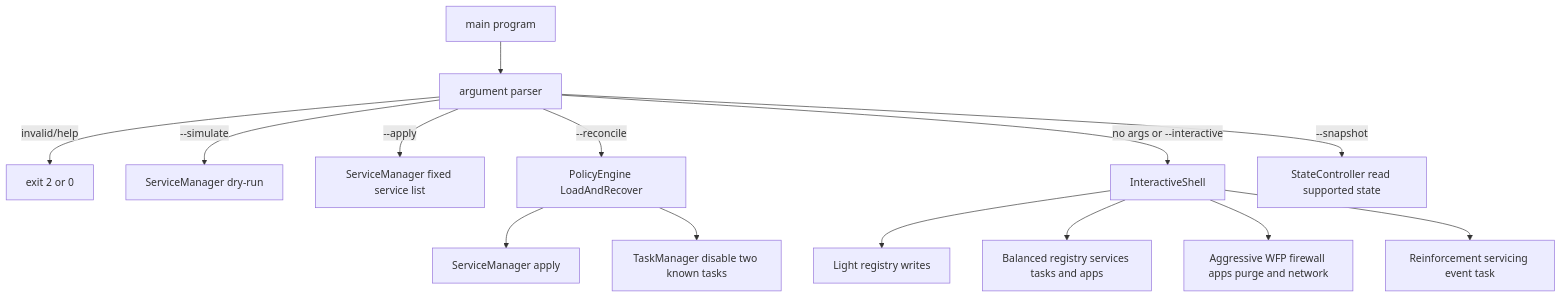
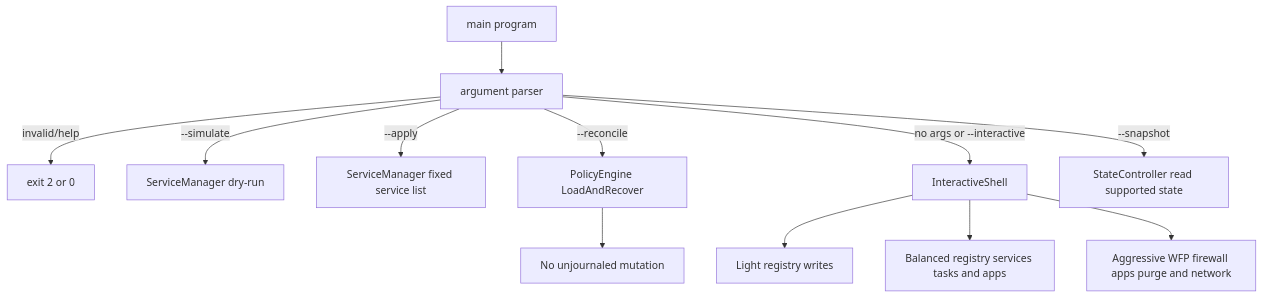
The first of 3 diagrams in docs/ARCHITECTURE.md (genesisgzdev/Aegis11), drawn with Mermaid before and after one commit. The commit also changed other lines of this file and 2 other files, not shown here.

Commit message:
fix: keep reconcile free of unjournaled mutations

````diff
--- a/docs/ARCHITECTURE.md
+++ b/docs/ARCHITECTURE.md
@@ -11,16 +11,14 @@
 ```mermaid
 flowchart TD
     MAIN[main program] --> P[argument parser]
     P -->|invalid/help| EXIT[exit 2 or 0]
     P -->|--simulate| DRY[ServiceManager dry-run]
     P -->|--apply| APPLY[ServiceManager fixed service list]
     P -->|--reconcile| REC[PolicyEngine LoadAndRecover]
-    REC --> S[ServiceManager apply]
-    REC --> T[TaskManager disable two known tasks]
+    REC --> SAFE[No unjournaled mutation]
     P -->|no args or --interactive| UI[InteractiveShell]
     P -->|--snapshot| SNAP[StateController read supported state]
     UI --> L[Light registry writes]
     UI --> B[Balanced registry services tasks and apps]
     UI --> A[Aggressive WFP firewall apps purge and network]
-    UI --> W[Reinforcement servicing event task]
 ```
````
